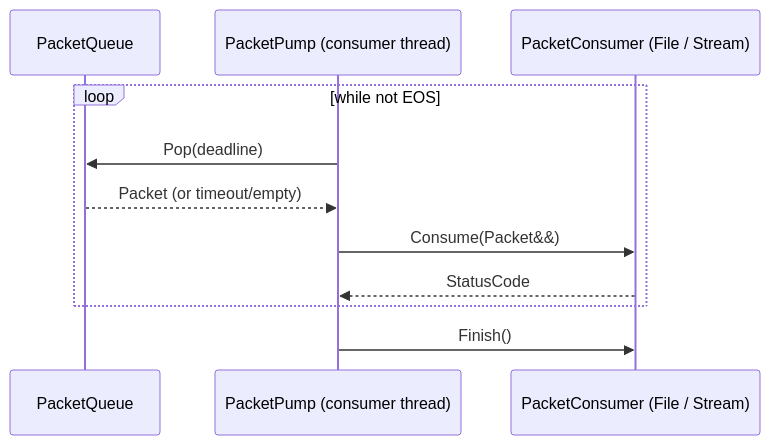
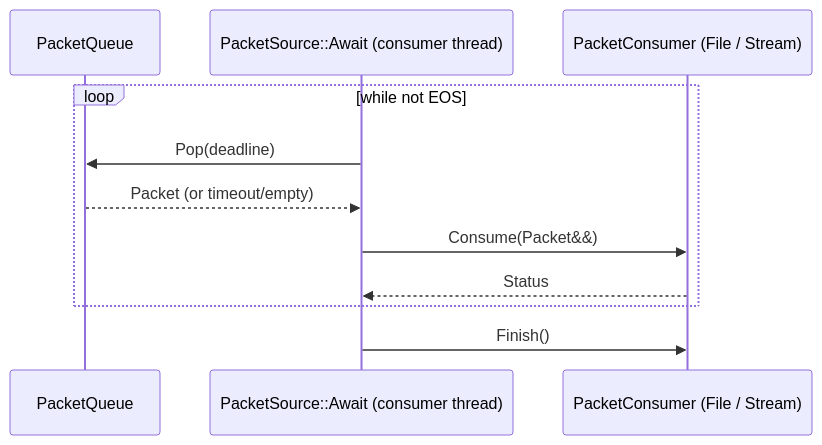
The second of 2 diagrams in codec/doc/architecture/output-queue.md (oxsource/video_codec), drawn with Mermaid before and after one commit. The commit also changed other lines of this file and 69 other files, not shown here.

First line of the commit message:
refactor(queue): await-based drain; rename StatusCode -> Status

````diff
--- a/codec/doc/architecture/output-queue.md
+++ b/codec/doc/architecture/output-queue.md
@@ -58,13 +58,13 @@
 ```mermaid
 sequenceDiagram
     participant Q as PacketQueue
-    participant P as PacketPump (consumer thread)
+    participant P as PacketSource::Await (consumer thread)
     participant C as PacketConsumer (File / Stream)
     loop while not EOS
         P->>Q: Pop(deadline)
         Q-->>P: Packet (or timeout/empty)
         P->>C: Consume(Packet&&)
-        C-->>P: StatusCode
+        C-->>P: Status
     end
     P->>C: Finish()
 ```
````
